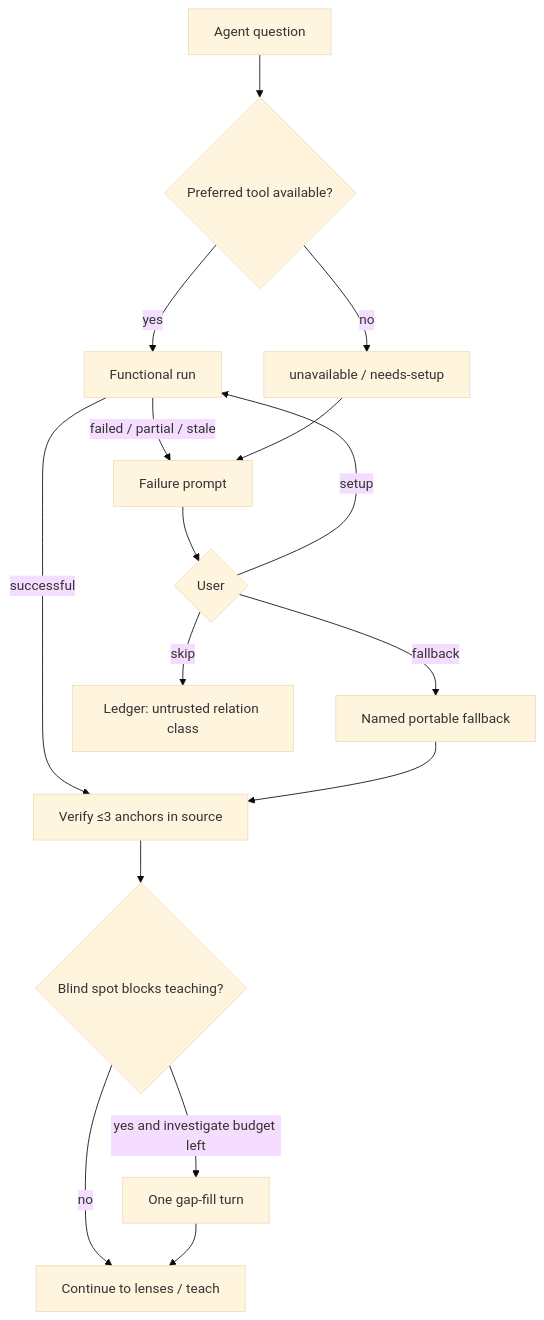
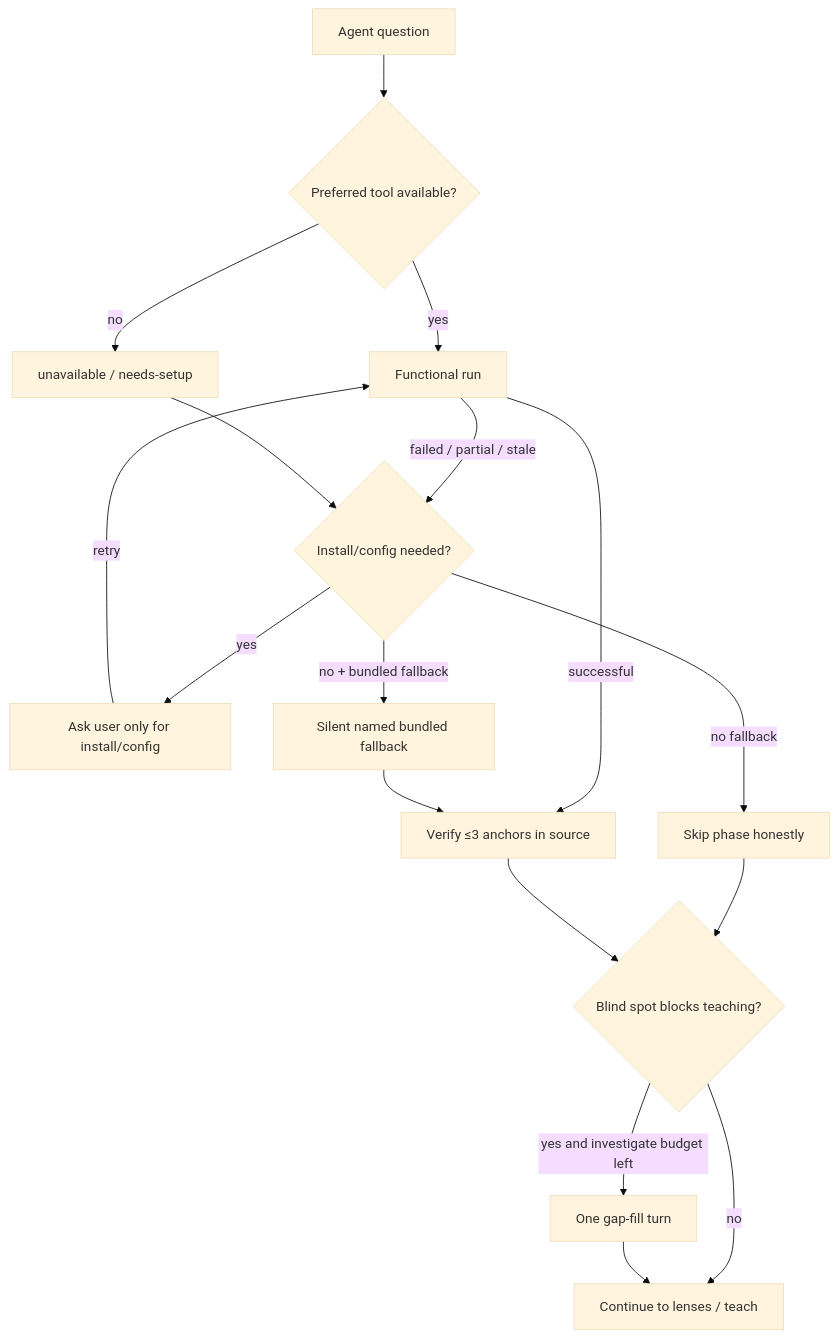
The fifth of 7 diagrams in docs/how-it-works.md (b-amir/repay-techdebt), drawn with Mermaid (base theme) before and after one commit. The commit also changed other lines of this file and 5 other files, not shown here.

````diff
--- a/docs/how-it-works.md
+++ b/docs/how-it-works.md
@@ -417,18 +426,19 @@
 ```mermaid
 flowchart TD
   Q[Agent question] --> P{Preferred tool available?}
   P -->|yes| R[Functional run]
   P -->|no| U[unavailable / needs-setup]
   R -->|successful| V[Verify ≤3 anchors in source]
-  R -->|failed / partial / stale| F[Failure prompt]
+  R -->|failed / partial / stale| F{Install/config needed?}
   U --> F
-  F --> C{User}
-  C -->|setup| R
-  C -->|fallback| FB[Named portable fallback]
-  C -->|skip| SK[Ledger: untrusted relation class]
+  F -->|yes| ASK[Ask user only for install/config]
+  ASK -->|retry| R
+  F -->|no + bundled fallback| FB[Silent named bundled fallback]
+  F -->|no fallback| SK[Skip phase honestly]
   FB --> V
+  SK --> G
   V --> G{Blind spot blocks teaching?}
   G -->|yes and investigate budget left| GF[One gap-fill turn]
   G -->|no| DONE[Continue to lenses / teach]
   GF --> DONE
 ```
````
